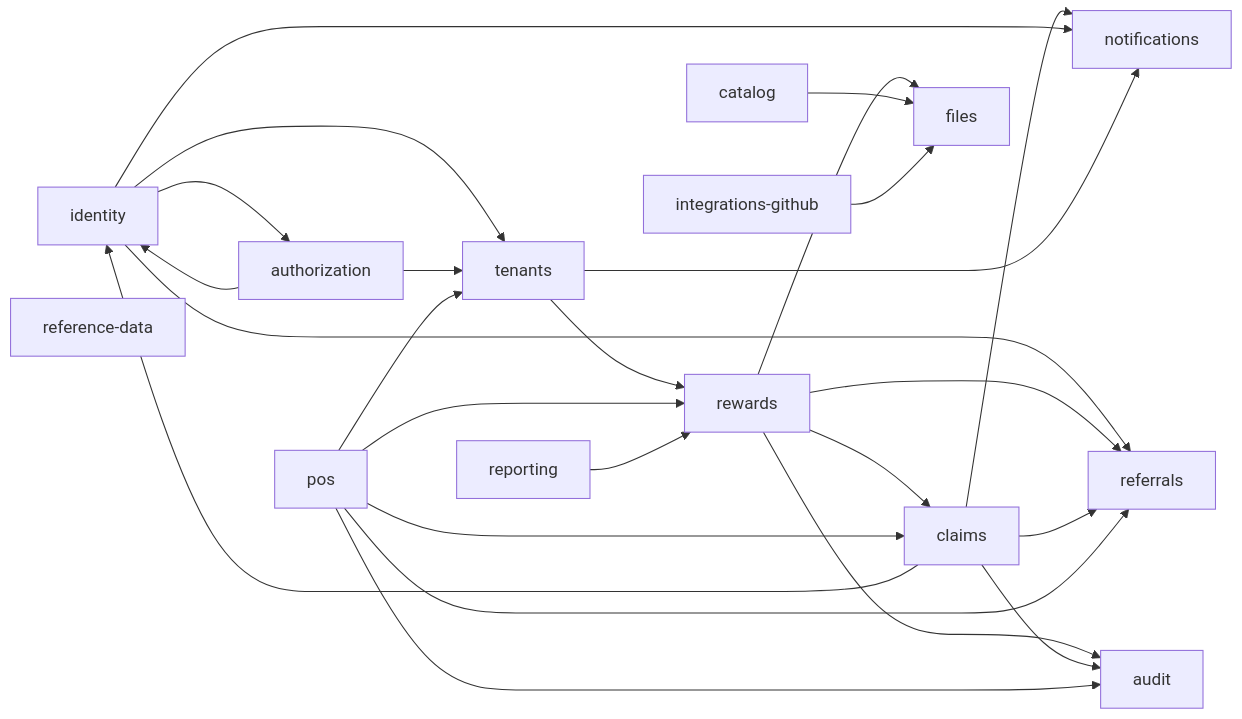
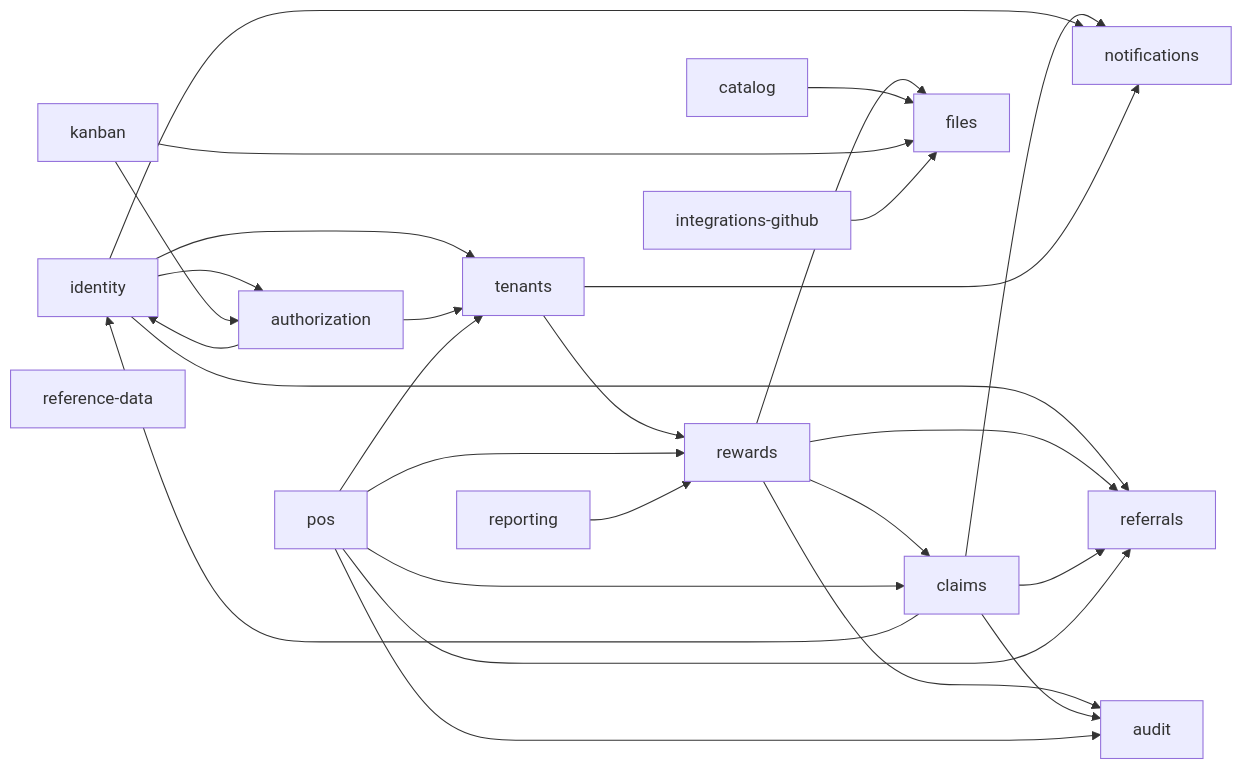
One commit to patelzz007/nestjs-nextjs-turborepo-starter-kit changed the diagram in docs/architecture/context-map.md. Above: the diagram before and after it, drawn with Mermaid. The commit also changed other lines of this file and 542 other files, not shown here.

````diff
--- a/docs/architecture/context-map.md
+++ b/docs/architecture/context-map.md
@@ -15,42 +15,45 @@
 ```mermaid
 flowchart LR
   identity[identity]
   authorization[authorization]
   tenants[tenants]
   rewards[rewards]
   claims[claims]
   pos[pos]
   referrals[referrals]
   reporting[reporting]
   files[files]
   notifications[notifications]
   catalog[catalog]
+  kanban[kanban]
   referenceData[reference-data]
   audit[audit]
   github[integrations-github]
 
   identity --> authorization
   identity --> tenants
   identity --> referrals
   authorization --> identity
   authorization --> tenants
   tenants --> rewards
   rewards --> claims
   rewards --> files
   rewards --> referrals
   claims --> notifications
   claims --> referrals
   claims --> identity
   pos --> claims
   pos --> referrals
   pos --> tenants
   pos --> rewards
   reporting --> rewards
   catalog --> files
+  kanban --> files
+  kanban --> authorization
   github --> files
   identity --> notifications
   tenants --> notifications
   rewards --> audit
   claims --> audit
   pos --> audit
 ```
````
